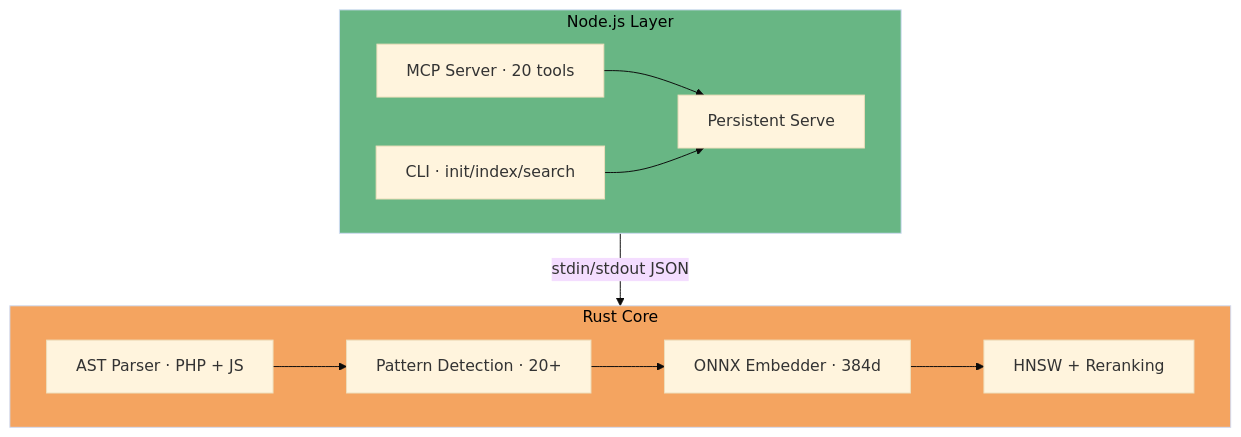
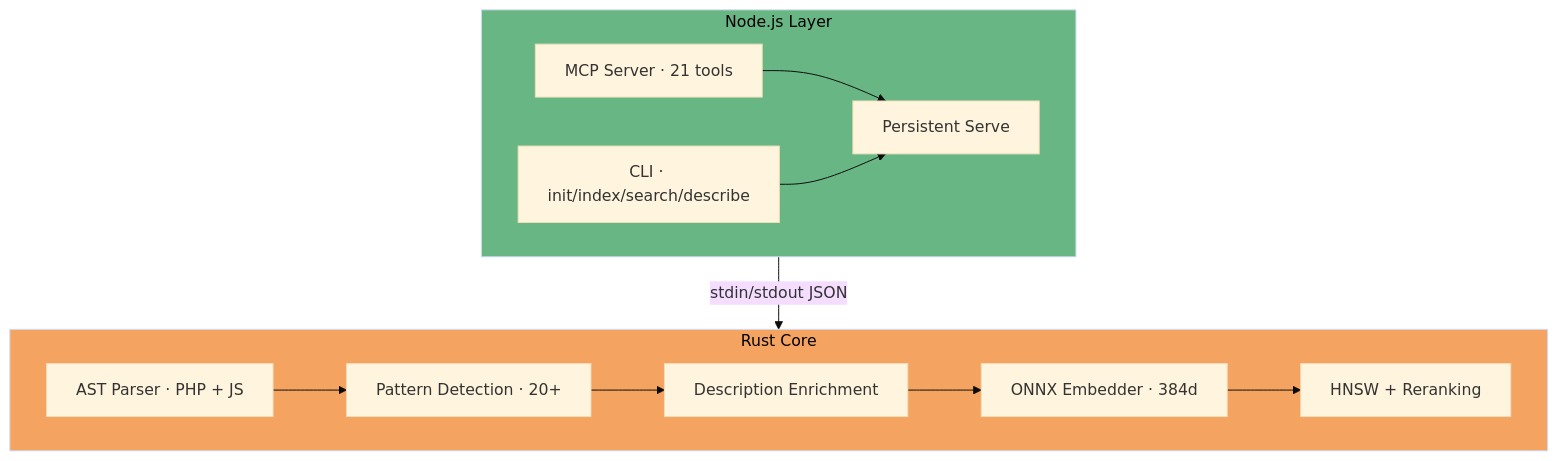
The first of 11 diagrams in README.md (krejcif/magector), drawn with Mermaid (base theme) before and after one commit. The commit also changed other lines of this file and 20 other files, not shown here.

````diff
--- a/README.md
+++ b/README.md
@@ -86,21 +68,22 @@
 ```mermaid
 flowchart TD
   subgraph rust ["Rust Core"]
     A["AST Parser · PHP + JS"]
     B["Pattern Detection · 20+"]
+    B2["Description Enrichment"]
     C["ONNX Embedder · 384d"]
     D["HNSW + Reranking"]
-    A --> B --> C --> D
+    A --> B --> B2 --> C --> D
   end
   subgraph node ["Node.js Layer"]
-    E["MCP Server · 20 tools"]
+    E["MCP Server · 21 tools"]
     F["Persistent Serve"]
-    G["CLI · init/index/search"]
+    G["CLI · init/index/search/describe"]
     E --> F
     G --> F
   end
   node -->|stdin/stdout JSON| rust
 
   style rust fill:#f4a460,color:#000
   style node fill:#68b684,color:#000
 ```
````
